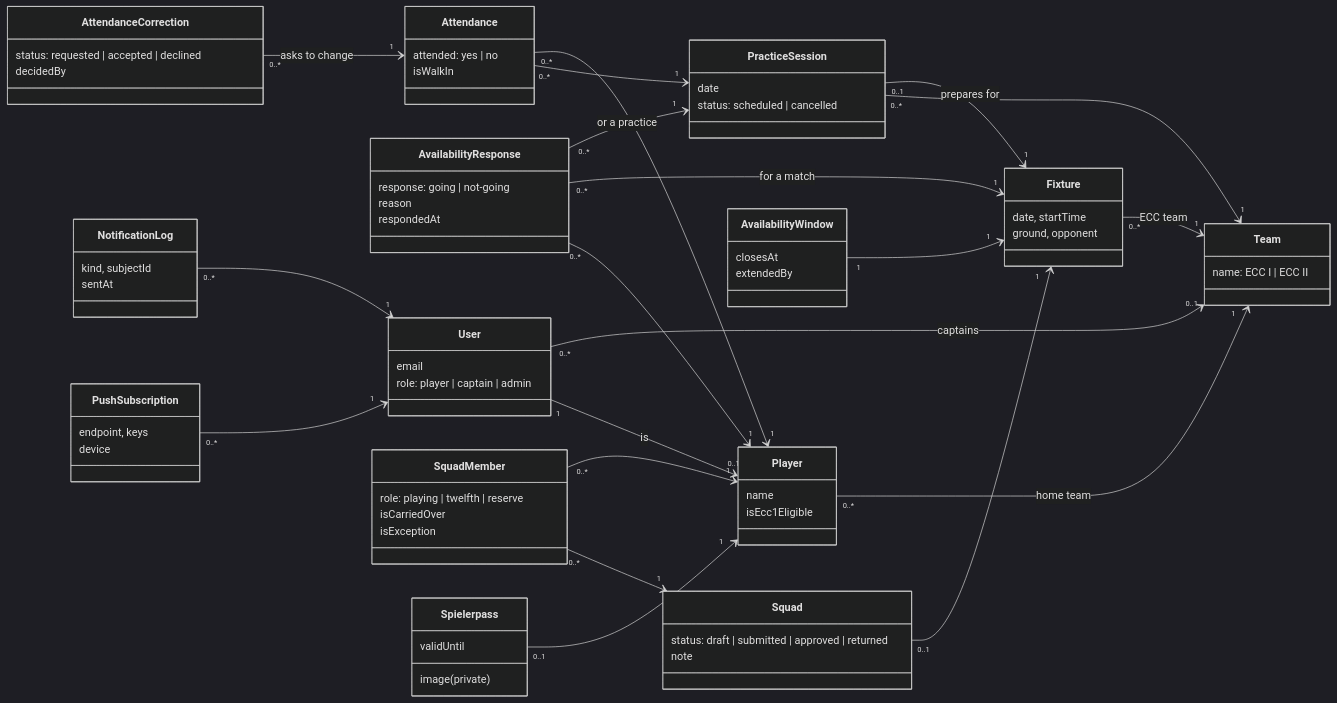
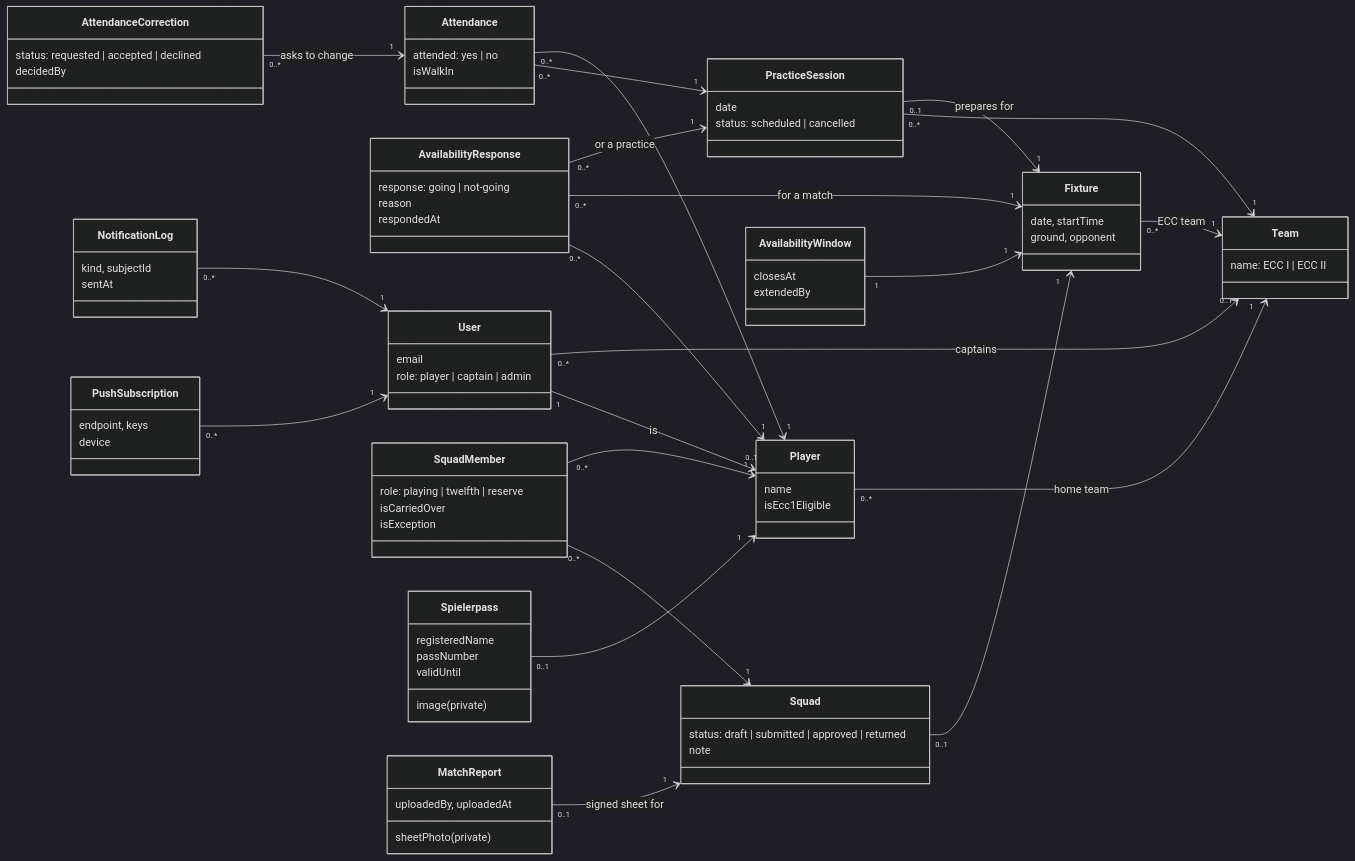
Before and after one commit to Saqibrafiq/ecc-app: the second of 2 diagrams in docs/arc42/05-building-block-view.md, drawn with Mermaid (dark theme). The commit also changed other lines of this file and 6 other files, not shown here.

Commit message:
docs: match report sheet and signed sheet upload (ADR-0007) (#4)

````diff
--- a/docs/arc42/05-building-block-view.md
+++ b/docs/arc42/05-building-block-view.md
@@ -100,8 +100,14 @@
     decidedBy
   }
   class Spielerpass {
+    registeredName
+    passNumber
     image (private)
     validUntil
+  }
+  class MatchReport {
+    sheetPhoto (private)
+    uploadedBy, uploadedAt
   }
   class PushSubscription {
     endpoint, keys
@@ -129,6 +135,7 @@
   SquadMember "0..*" --> "1" Player
   AttendanceCorrection "0..*" --> "1" Attendance : asks to change
   Spielerpass "0..1" --> "1" Player
+  MatchReport "0..1" --> "1" Squad : signed sheet for
   PushSubscription "0..*" --> "1" User
   NotificationLog "0..*" --> "1" User
 ```
````
